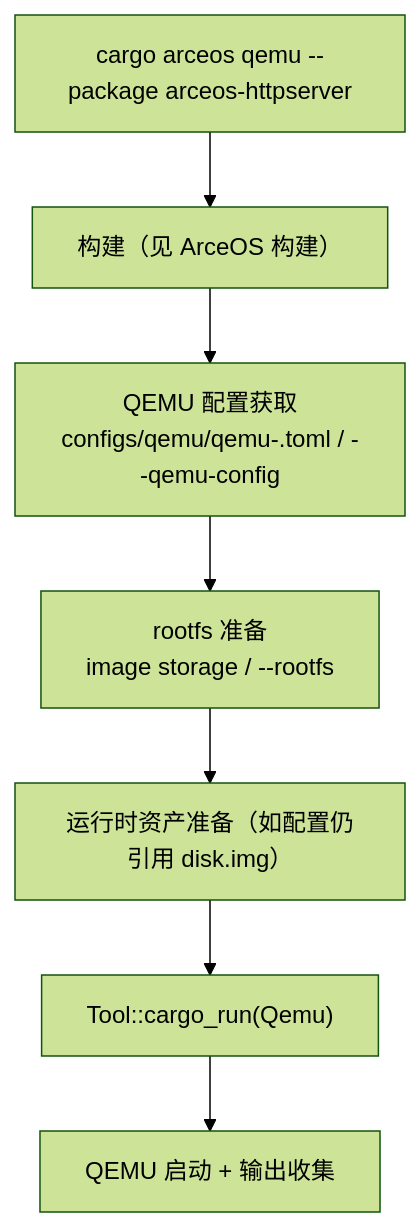
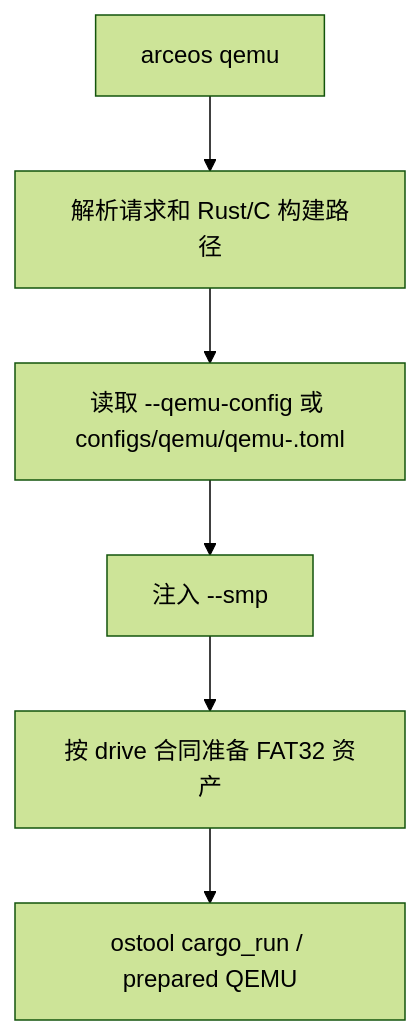
Before and after one commit to rcore-os/tgoskits: the diagram in docs/docs/build/arceos/runtime.md, drawn with Mermaid (forest theme). The commit also changed other lines of this file and 18 other files, not shown here.

````diff
--- a/docs/docs/build/arceos/runtime.md
+++ b/docs/docs/build/arceos/runtime.md
@@ -20,9 +14,8 @@
 ```mermaid
 flowchart TD
-    A["cargo arceos qemu --package arceos-httpserver"] --> B["构建（见 ArceOS 构建）"]
-    B --> C["QEMU 配置获取<br/>configs/qemu/qemu-<arch>.toml / --qemu-config"]
-    C --> D["rootfs 准备<br/>image storage / --rootfs"]
-    D --> E["运行时资产准备（如配置仍引用 disk.img）"]
-    E --> F["Tool::cargo_run(Qemu)"]
-    F --> G["QEMU 启动 + 输出收集"]
+    A["arceos qemu"] --> B["解析请求和 Rust/C 构建路径"]
+    B --> C["读取 --qemu-config 或 configs/qemu/qemu-<arch>.toml"]
+    C --> D["注入 --smp"]
+    D --> E["按 drive 合同准备 FAT32 资产"]
+    E --> F["ostool cargo_run / prepared QEMU"]
 ```
````
